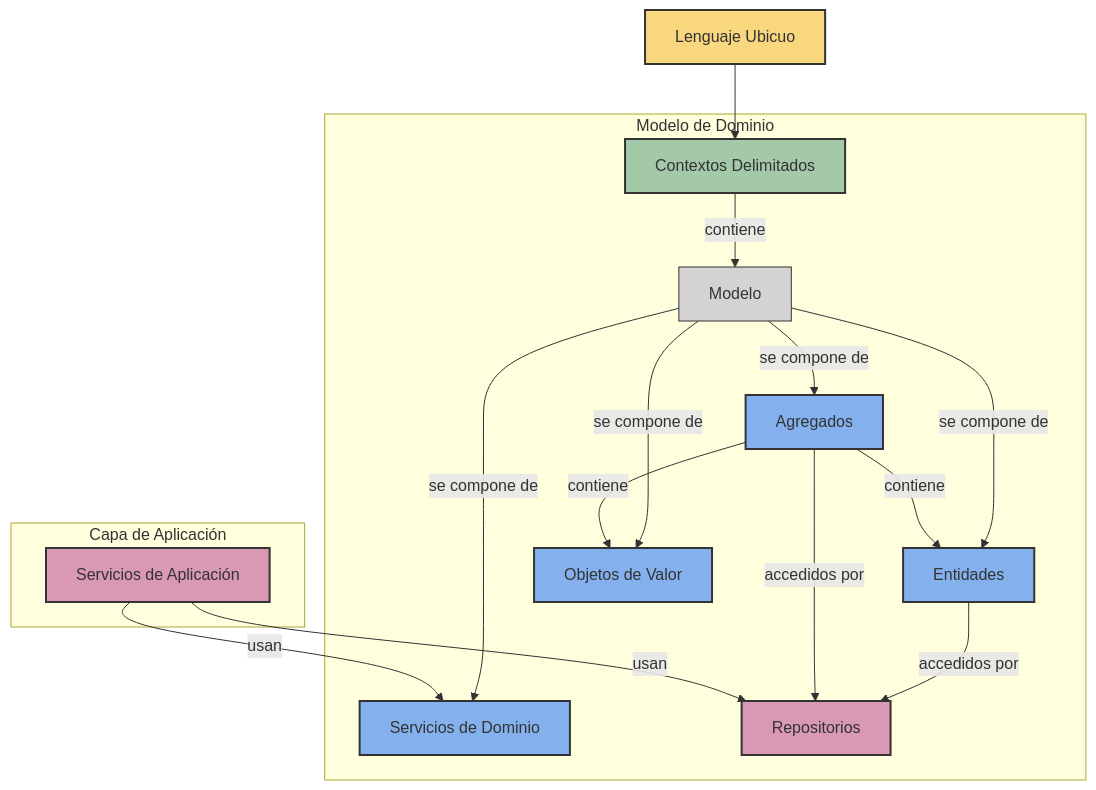
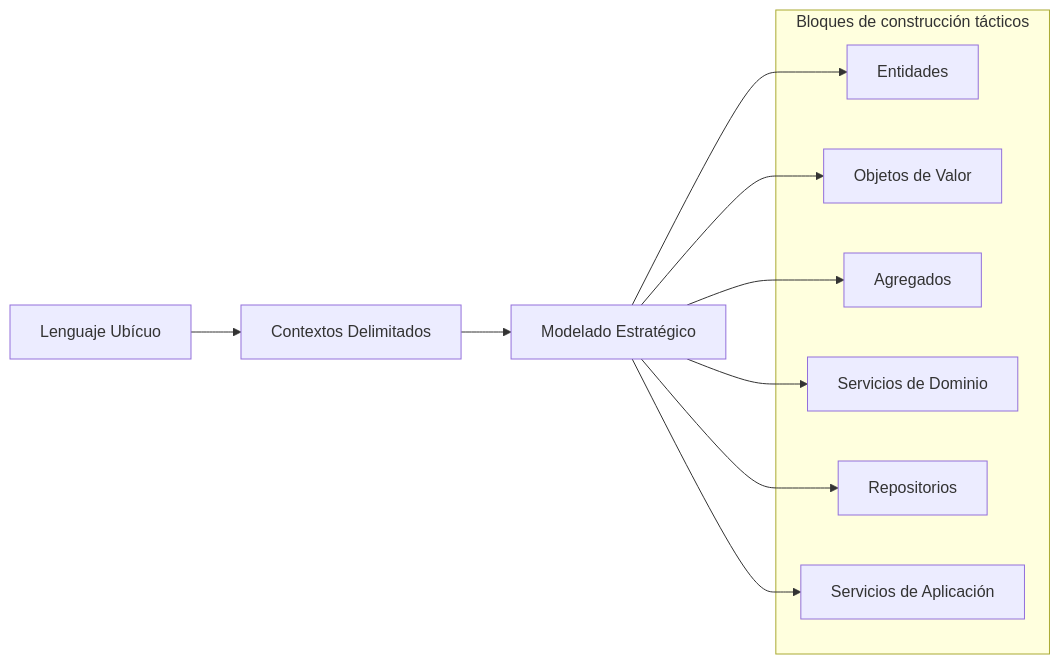
Before and after one commit to aialphanovatide/software-architecture-guide: the diagram in docs/ddd/index.md, drawn with Mermaid. The commit also changed other lines of this file and 8 other files, not shown here.

````diff
--- a/docs/ddd/index.md
+++ b/docs/ddd/index.md
@@ -18,33 +18,21 @@
 ```mermaid
-graph TD
-    UL[Lenguaje Ubicuo] --> BC[Contextos Delimitados]
+graph LR
+    UL[Lenguaje Ubícuo] --> BC[Contextos Delimitados]
+    BC --> M[Modelado Estratégico]
     
-    subgraph "Modelo de Dominio"
-        BC --> |contiene| M[Modelo]
-        M --> |se compone de| E[Entidades]
-        M --> |se compone de| V[Objetos de Valor]
-        M --> |se compone de| A[Agregados]
-        M --> |se compone de| DS[Servicios de Dominio]
-        
-        A --> |contiene| E
-        A --> |contiene| V
-        
-        E --> |accedidos por| R[Repositorios]
-        A --> |accedidos por| R
+    subgraph "Bloques de construcción tácticos"
+        E[Entidades]
+        V[Objetos de Valor]
+        A[Agregados]
+        DS[Servicios de Dominio]
+        R[Repositorios]
+        AS[Servicios de Aplicación]
     end
     
-    subgraph "Capa de Aplicación"
-        AS[Servicios de Aplicación] --> |usan| DS
-        AS --> |usan| R
-    end
-    
-    style UL fill:#f9d77e,stroke:#333,stroke-width:2px
-    style BC fill:#a3c9a8,stroke:#333,stroke-width:2px
-    style M fill:#d3d3d3,stroke:#333,stroke-width:1px
-    style E fill:#84b1ed,stroke:#333,stroke-width:2px
-    style V fill:#84b1ed,stroke:#333,stroke-width:2px
-    style A fill:#84b1ed,stroke:#333,stroke-width:2px
-    style DS fill:#84b1ed,stroke:#333,stroke-width:2px
-    style R fill:#d998b3,stroke:#333,stroke-width:2px
-    style AS fill:#d998b3,stroke:#333,stroke-width:2px
+    M --> E
+    M --> V
+    M --> A
+    M --> DS
+    M --> R
+    M --> AS
 ```
````
